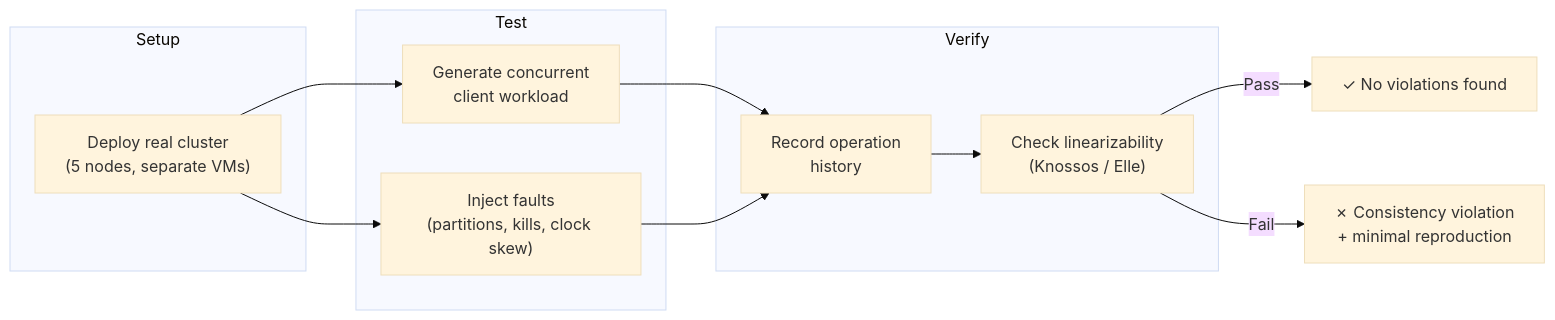
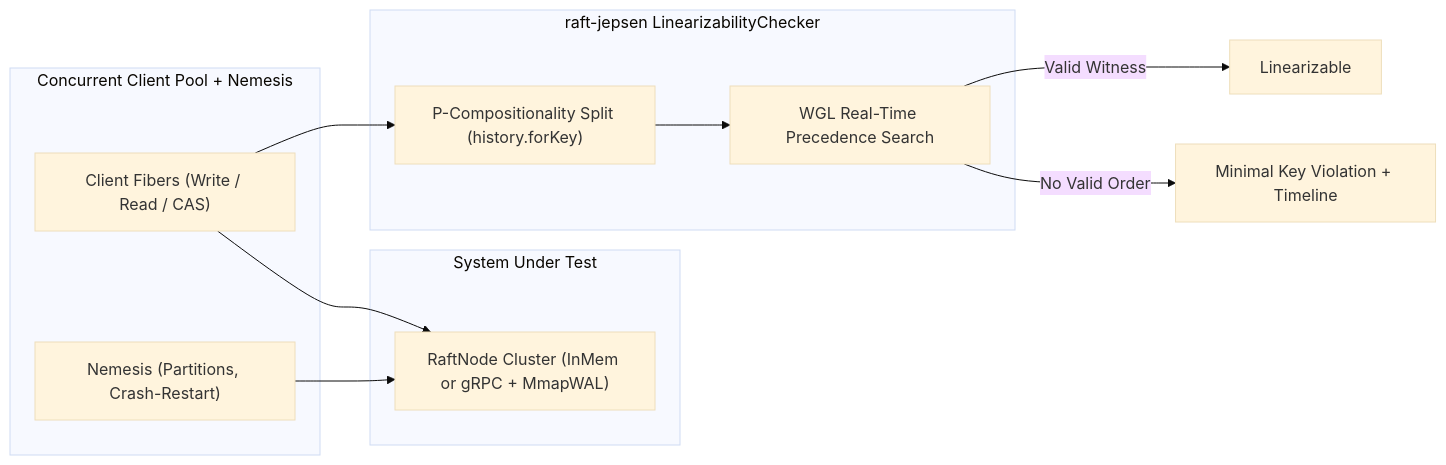
One commit to bmscomp/raft changed the first of 3 diagrams in docs/book/20-jepsen-verification.md. Above: the diagram before and after it, drawn with Mermaid (base theme). The commit also changed other lines of this file and 20 other files, not shown here.

````diff
--- a/docs/book/20-jepsen-verification.md
+++ b/docs/book/20-jepsen-verification.md
@@ -13,25 +14,23 @@
 ```mermaid
 flowchart LR
-    subgraph Setup
-        C["Deploy real cluster\n(5 nodes, separate VMs)"]
+    subgraph Workload["Concurrent Client Pool + Nemesis"]
+        W["Client Fibers (Write / Read / CAS)"]
+        N["Nemesis (Partitions, Crash-Restart)"]
     end
 
-    subgraph Test
-        W["Generate concurrent\nclient workload"]
-        F["Inject faults\n(partitions, kills, clock skew)"]
+    subgraph Cluster["System Under Test"]
+        C["RaftNode Cluster (InMem or gRPC + MmapWAL)"]
     end
 
-    subgraph Verify
-        H["Record operation\nhistory"]
-        L["Check linearizability\n(Knossos / Elle)"]
+    subgraph Checker["raft-jepsen LinearizabilityChecker"]
+        P["P-Compositionality Split (history.forKey)"]
+        DFS["WGL Real-Time Precedence Search"]
     end
 
-    C --> W
-    C --> F
-    W --> H
-    F --> H
-    H --> L
-
-    L -->|Pass| OK["✓ No violations found"]
-    L -->|Fail| BUG["✗ Consistency violation\n+ minimal reproduction"]
+    W --> C
+    N --> C
+    W --> P
+    P --> DFS
+    DFS -->|"Valid Witness"| OK["Linearizable"]
+    DFS -->|"No Valid Order"| BUG["Minimal Key Violation + Timeline"]
 ```
````
